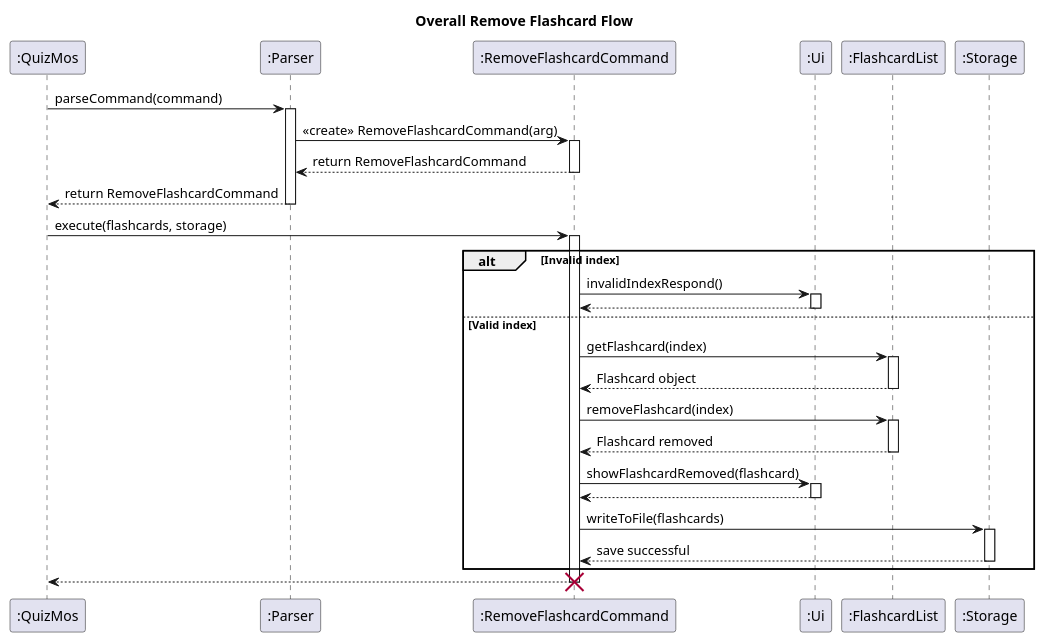
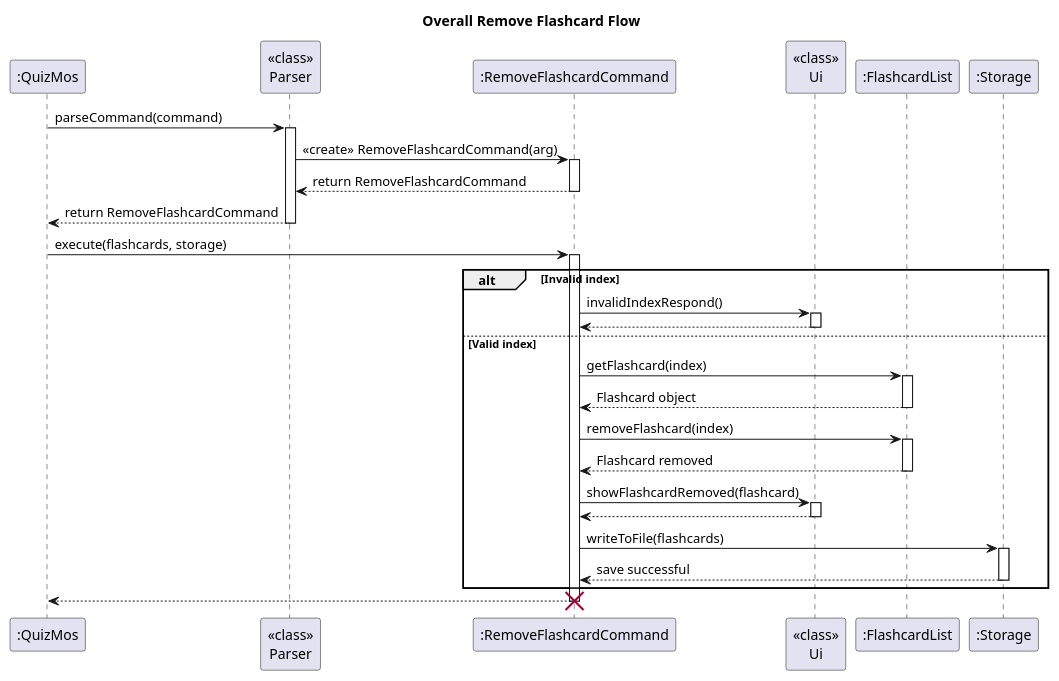
One commit to ashutoshalung/tp changed the diagram in docs/diagrams/RemoveFlashcardFeature_Overall.puml. Above: the diagram before and after it, drawn with PlantUML. The commit also changed 12 other files, not shown here.

Commit message:
Final version of DG diagrams

```diff
--- a/docs/diagrams/RemoveFlashcardFeature_Overall.puml
+++ b/docs/diagrams/RemoveFlashcardFeature_Overall.puml
@@ -1,59 +1,59 @@
 @startuml RemoveFeature_Overall
 
 title Overall Remove Flashcard Flow
 
 skinparam sequenceReferenceBackgroundColor #ffcccb
 
 participant ":QuizMos"
-participant ":Parser"
+participant "<<class>>\nParser"
 participant ":RemoveFlashcardCommand"
-participant ":Ui"
+participant "<<class>>\nUi"
 participant ":FlashcardList"
 participant ":Storage"
 
-":QuizMos" -> ":Parser": parseCommand(command)
-activate ":Parser"
+":QuizMos" -> "<<class>>\nParser": parseCommand(command)
+activate "<<class>>\nParser"
 
-":Parser" -> ":RemoveFlashcardCommand": <<create>> RemoveFlashcardCommand(arg)
+"<<class>>\nParser" -> ":RemoveFlashcardCommand": <<create>> RemoveFlashcardCommand(arg)
 activate ":RemoveFlashcardCommand"
-":RemoveFlashcardCommand" --> ":Parser": return RemoveFlashcardCommand
+":RemoveFlashcardCommand" --> "<<class>>\nParser": return RemoveFlashcardCommand
 deactivate ":RemoveFlashcardCommand"
 
-":Parser" --> ":QuizMos": return RemoveFlashcardCommand
-deactivate ":Parser"
+"<<class>>\nParser" --> ":QuizMos": return RemoveFlashcardCommand
+deactivate "<<class>>\nParser"
 
 ":QuizMos" -> ":RemoveFlashcardCommand": execute(flashcards, storage)
 activate ":RemoveFlashcardCommand"
 
 alt Invalid index
-    ":RemoveFlashcardCommand" -> ":Ui": invalidIndexRespond()
-    activate ":Ui"
-    ":Ui" --> ":RemoveFlashcardCommand"
-    deactivate ":Ui"
+    ":RemoveFlashcardCommand" -> "<<class>>\nUi": invalidIndexRespond()
+    activate "<<class>>\nUi"
+    "<<class>>\nUi" --> ":RemoveFlashcardCommand"
+    deactivate "<<class>>\nUi"
 else Valid index
     ":RemoveFlashcardCommand" -> ":FlashcardList": getFlashcard(index)
     activate ":FlashcardList"
     ":FlashcardList" --> ":RemoveFlashcardCommand": Flashcard object
     deactivate ":FlashcardList"
 
     ":RemoveFlashcardCommand" -> ":FlashcardList": removeFlashcard(index)
     activate ":FlashcardList"
     ":FlashcardList" --> ":RemoveFlashcardCommand": Flashcard removed
     deactivate ":FlashcardList"
 
-    ":RemoveFlashcardCommand" -> ":Ui": showFlashcardRemoved(flashcard)
-    activate ":Ui"
-    ":Ui" --> ":RemoveFlashcardCommand"
-    deactivate ":Ui"
+    ":RemoveFlashcardCommand" -> "<<class>>\nUi": showFlashcardRemoved(flashcard)
+    activate "<<class>>\nUi"
+    "<<class>>\nUi" --> ":RemoveFlashcardCommand"
+    deactivate "<<class>>\nUi"
 
     ":RemoveFlashcardCommand" -> ":Storage": writeToFile(flashcards)
     activate ":Storage"
     ":Storage" --> ":RemoveFlashcardCommand": save successful
     deactivate ":Storage"
 end
 
 ":RemoveFlashcardCommand" --> ":QuizMos"
 deactivate ":RemoveFlashcardCommand"
 destroy ":RemoveFlashcardCommand"
 
 @enduml
```
